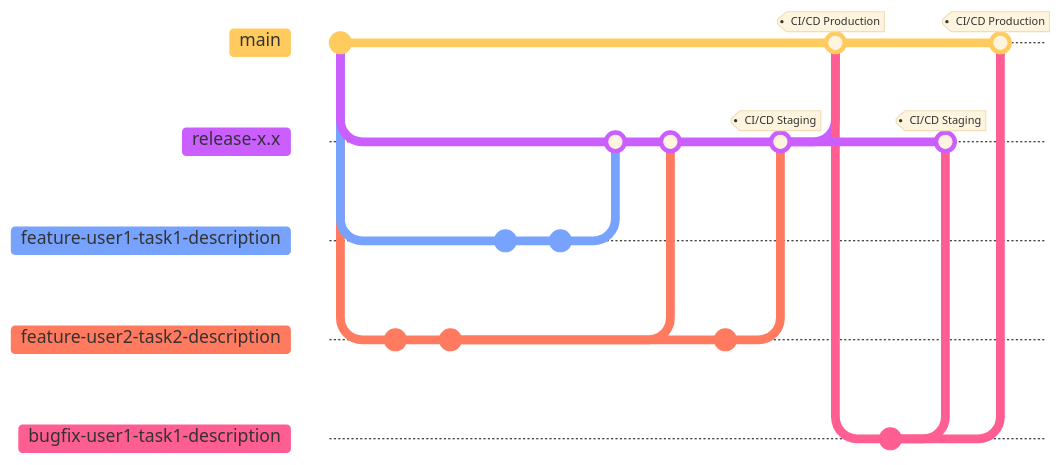
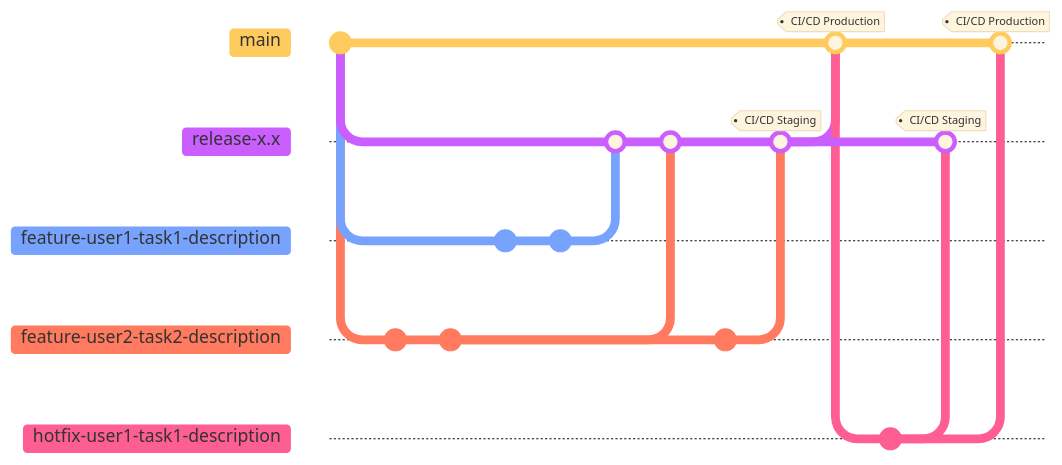
Before and after one commit to vanngoh/git-flow-best-practice: the diagram in README.md, drawn with Mermaid. The commit also changed other lines of this file, not shown here. Commit ids are hidden.

````diff
--- a/README.md
+++ b/README.md
@@ -3,30 +3,30 @@
 ```mermaid
 %%{init: { 'logLevel': 'debug', 'theme': 'base', 'gitGraph': {'showBranches': true}} }%%
 gitGraph
   commit
   branch release-x.x
   checkout main
   branch feature-user1-task1-description
   checkout main
   branch feature-user2-task2-description
   commit
   commit
   checkout feature-user1-task1-description
   commit
   commit
   checkout release-x.x
   merge feature-user1-task1-description
   merge feature-user2-task2-description
   checkout feature-user2-task2-description
   commit
   checkout release-x.x
   merge feature-user2-task2-description tag: "CI/CD Staging"
   checkout main
   merge release-x.x tag: "CI/CD Production"
-  branch bugfix-user1-task1-description
+  branch hotfix-user1-task1-description
   commit
   checkout release-x.x
-  merge bugfix-user1-task1-description tag: "CI/CD Staging"
+  merge hotfix-user1-task1-description tag: "CI/CD Staging"
   checkout main
-  merge bugfix-user1-task1-description tag: "CI/CD Production"
+  merge hotfix-user1-task1-description tag: "CI/CD Production"
 ```
````
